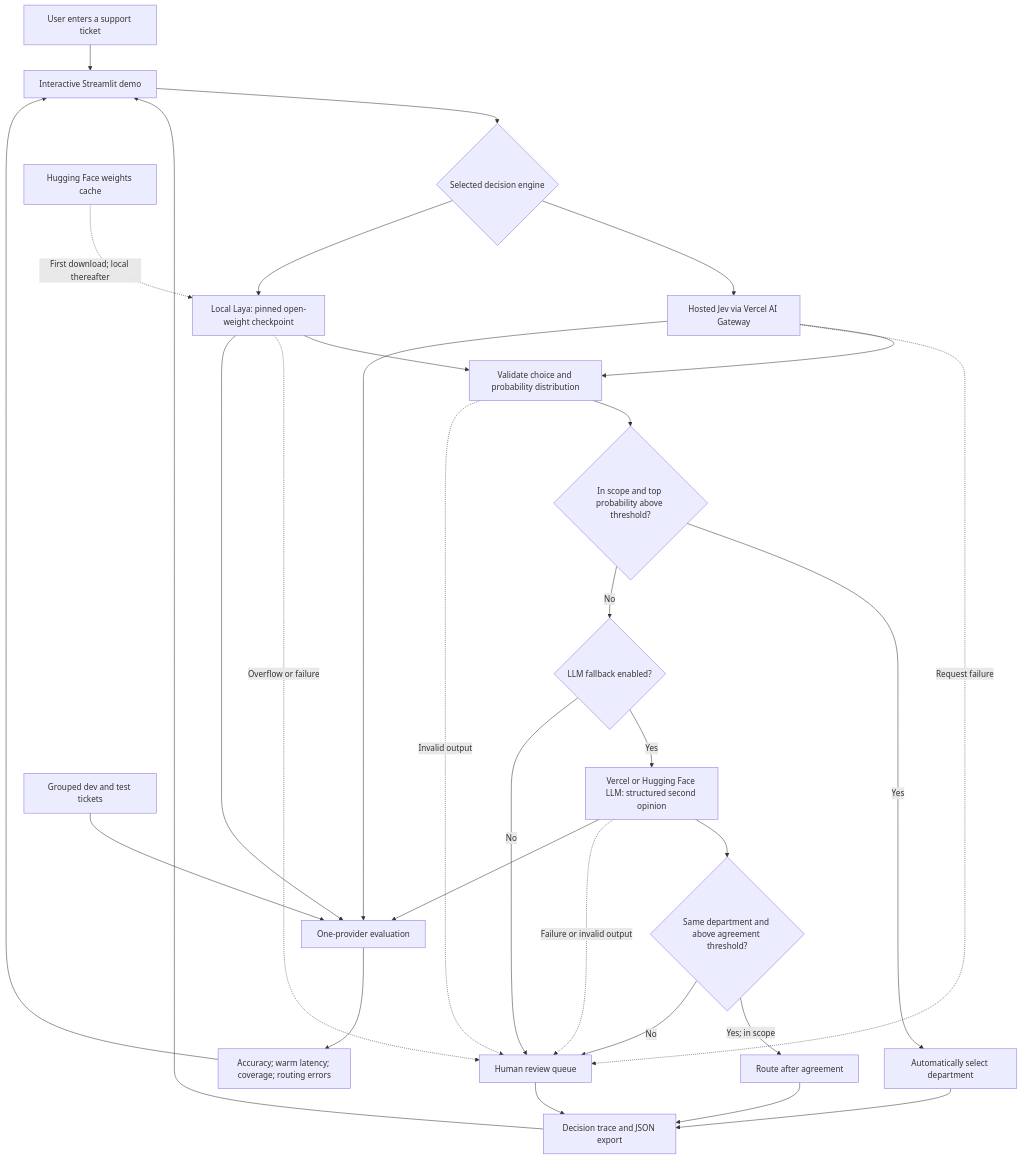
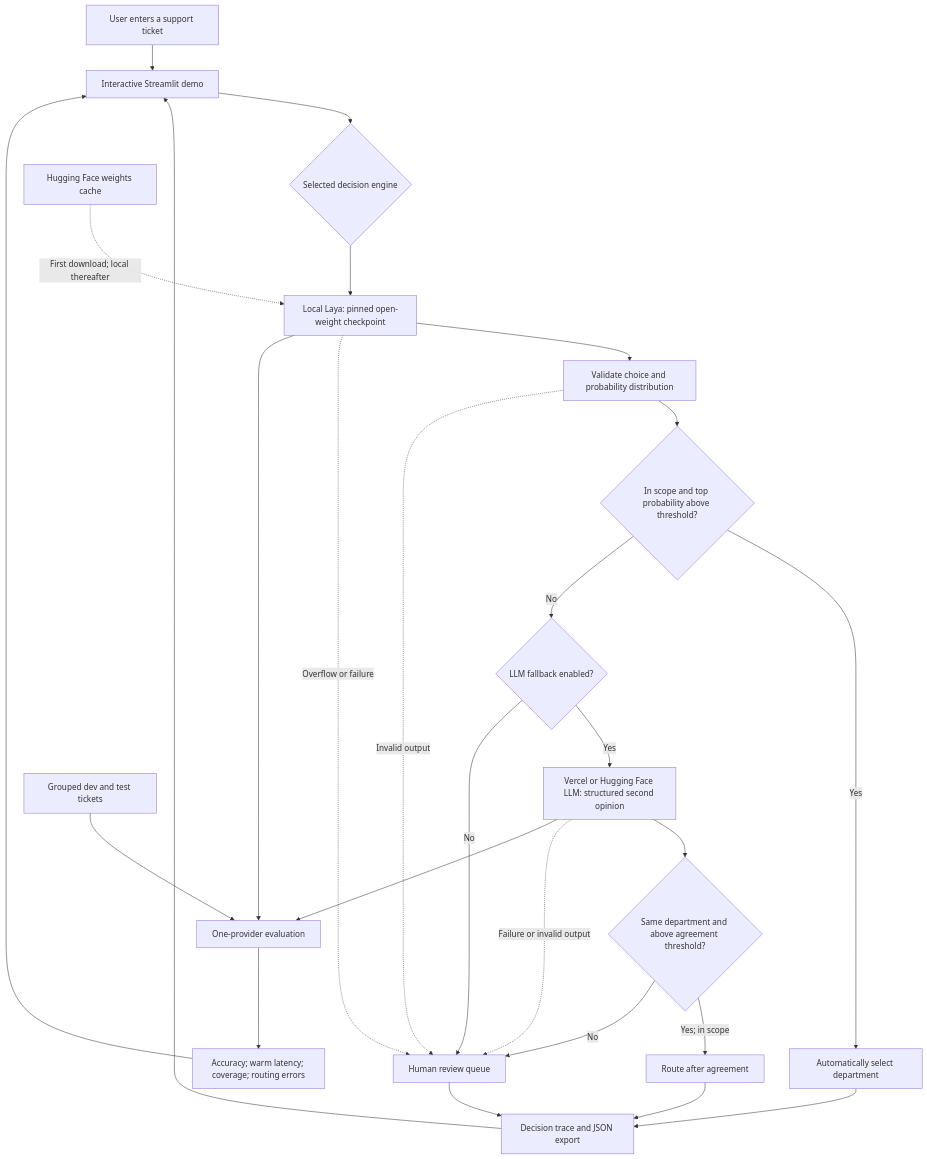
Before and after one commit to nikhilbhide/decision-router: the second of 2 diagrams in README.md, drawn with Mermaid. The commit also changed other lines of this file and 26 other files, not shown here.

````diff
--- a/README.md
+++ b/README.md
@@ -56,32 +57,28 @@
 ```mermaid
 flowchart TD
     User["User enters a support ticket"] --> UI["Interactive Streamlit demo"]
     UI --> Engine{"Selected decision engine"}
-    Engine --> Jev["Hosted Jev via Vercel AI Gateway"]
     Engine --> Laya["Local Laya: pinned open-weight checkpoint"]
     Cache["Hugging Face weights cache"] -.->|"First download; local thereafter"| Laya
     Laya --> Validate["Validate choice and probability distribution"]
-    Jev --> Validate
     Validate --> Gate{"In scope and top probability above threshold?"}
     Gate -->|"Yes"| Auto["Automatically select department"]
     Gate -->|"No"| Fallback{"LLM fallback enabled?"}
     Fallback -->|"Yes"| LLM["Vercel or Hugging Face LLM: structured second opinion"]
     Fallback -->|"No"| Human["Human review queue"]
     LLM --> Agree{"Same department and above agreement threshold?"}
     Agree -->|"Yes; in scope"| Assisted["Route after agreement"]
     Agree -->|"No"| Human
     Laya -.->|"Overflow or failure"| Human
-    Jev -.->|"Request failure"| Human
     Validate -.->|"Invalid output"| Human
     LLM -.->|"Failure or invalid output"| Human
     Auto --> Trace["Decision trace and JSON export"]
     Assisted --> Trace
     Human --> Trace
     Trace --> UI
     Dataset["Grouped dev and test tickets"] --> Eval["One-provider evaluation"]
     Laya --> Eval
-    Jev --> Eval
     LLM --> Eval
     Eval --> Metrics["Accuracy; warm latency; coverage; routing errors"]
     Metrics --> UI
 ```
````
